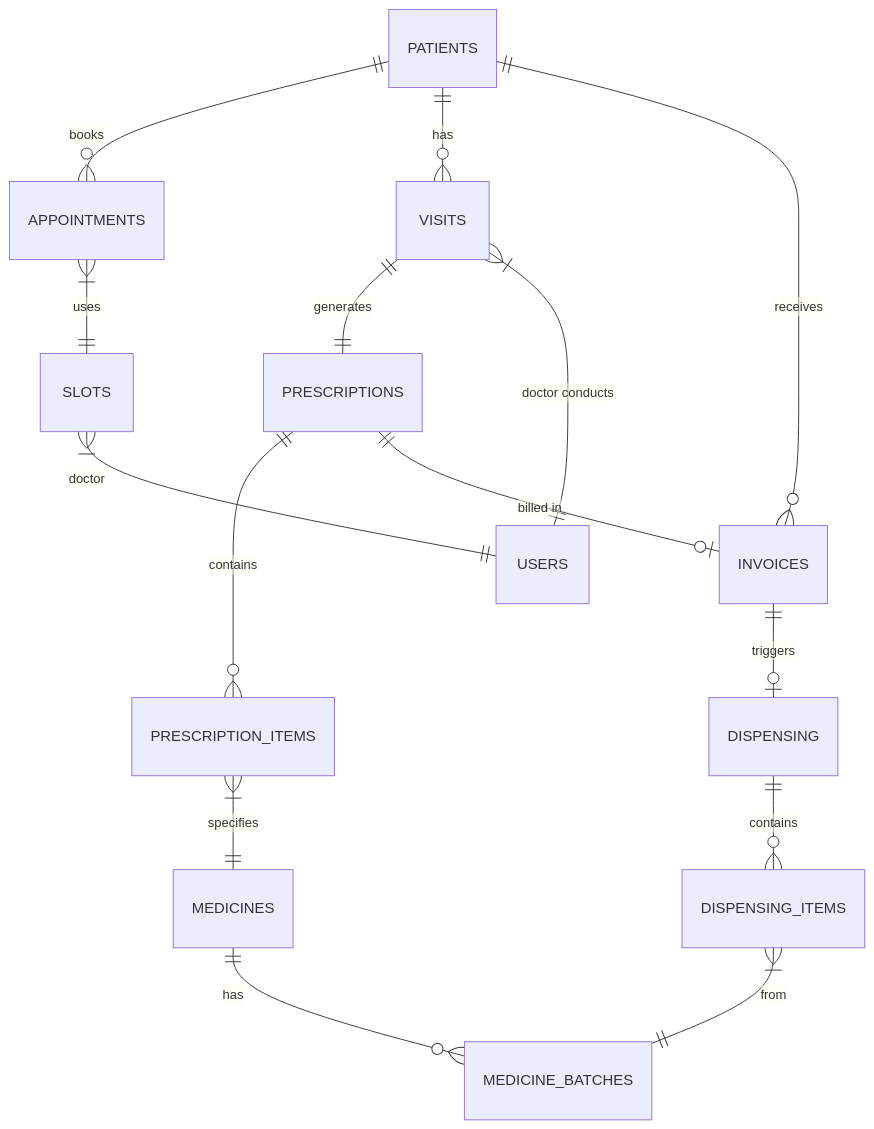
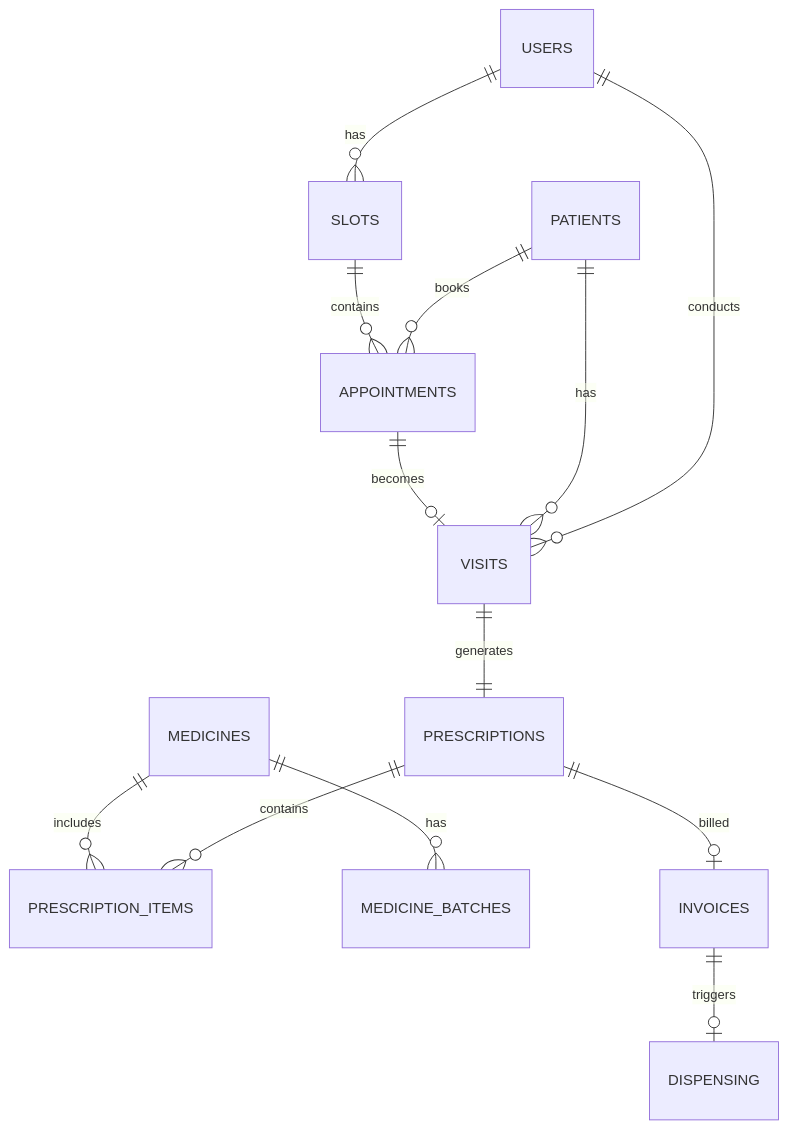
One commit to harshit-tew/Qure-Clinic-Management-System changed the second of 5 diagrams in README.md. Above: the diagram before and after it, drawn with Mermaid. The commit also changed other lines of this file, not shown here.

Commit message:
Updated Readme with flowcharts

````diff
--- a/README.md
+++ b/README.md
@@ -92,22 +298,15 @@
 ```mermaid
 erDiagram
+    USERS ||--o{ VISITS : conducts
+    USERS ||--o{ SLOTS : has
     PATIENTS ||--o{ APPOINTMENTS : books
     PATIENTS ||--o{ VISITS : has
-    PATIENTS ||--o{ INVOICES : receives
-
-    APPOINTMENTS }|--|| SLOTS : uses
-    SLOTS }|--|| USERS : "doctor"
-
+    SLOTS ||--o{ APPOINTMENTS : contains
+    APPOINTMENTS ||--o| VISITS : becomes
     VISITS ||--|| PRESCRIPTIONS : generates
-    VISITS }|--|| USERS : "doctor conducts"
-
     PRESCRIPTIONS ||--o{ PRESCRIPTION_ITEMS : contains
-    PRESCRIPTION_ITEMS }|--|| MEDICINES : specifies
-
+    MEDICINES ||--o{ PRESCRIPTION_ITEMS : includes
     MEDICINES ||--o{ MEDICINE_BATCHES : has
-
-    PRESCRIPTIONS ||--o| INVOICES : "billed in"
+    PRESCRIPTIONS ||--o| INVOICES : billed
     INVOICES ||--o| DISPENSING : triggers
-    DISPENSING ||--o{ DISPENSING_ITEMS : contains
-    DISPENSING_ITEMS }|--|| MEDICINE_BATCHES : "from"
 ```
````
